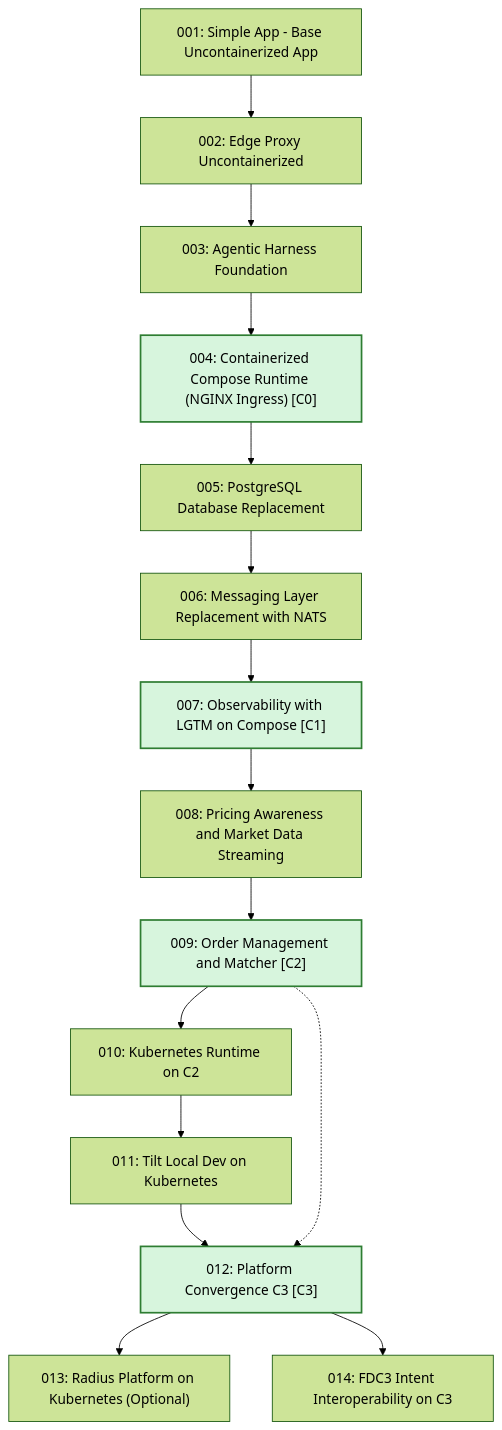
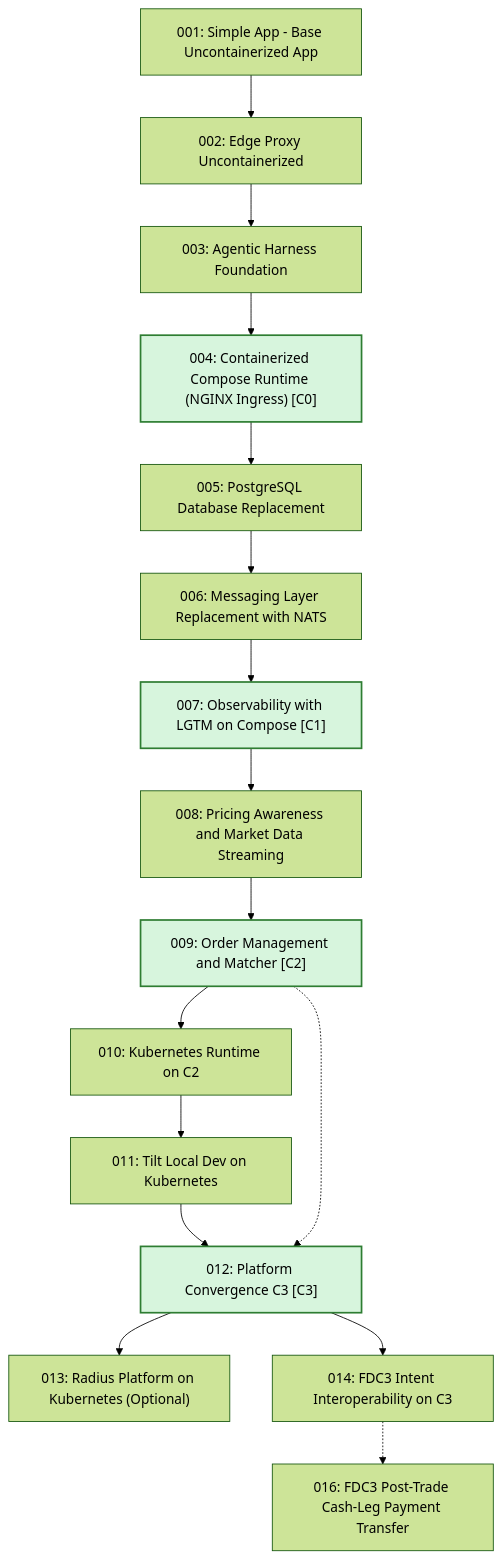
The second of 3 diagrams in docs/learning-paths/index.md (finos/traderX), drawn with Mermaid (forest theme) before and after one commit. The commit also changed other lines of this file and 10 other files, not shown here.

````diff
--- a/docs/learning-paths/index.md
+++ b/docs/learning-paths/index.md
@@ -36,50 +36,53 @@
 ```mermaid
 flowchart TB
   S001_baseline_uncontainerized_parity["001: Simple App - Base Uncontainerized App"]
   S002_edge_proxy_uncontainerized["002: Edge Proxy Uncontainerized"]
   S003_agentic_harness_foundation["003: Agentic Harness Foundation"]
   S004_containerized_compose_runtime["004: Containerized Compose Runtime (NGINX Ingress) [C0]"]
   S005_postgres_database_replacement["005: PostgreSQL Database Replacement"]
   S006_messaging_nats_replacement["006: Messaging Layer Replacement with NATS"]
   S007_observability_lgtm_compose["007: Observability with LGTM on Compose [C1]"]
   S008_pricing_awareness_market_data["008: Pricing Awareness and Market Data Streaming"]
   S009_order_management_matcher["009: Order Management and Matcher [C2]"]
   S010_kubernetes_runtime["010: Kubernetes Runtime on C2"]
   S011_tilt_kubernetes_dev_loop["011: Tilt Local Dev on Kubernetes"]
   S012_platform_convergence_c3["012: Platform Convergence C3 [C3]"]
   S013_radius_kubernetes_platform["013: Radius Platform on Kubernetes (Optional)"]
   S014_fdc3_intent_interoperability["014: FDC3 Intent Interoperability on C3"]
+  S016_post_trade_settlement_bankerx["016: FDC3 Post-Trade Cash-Leg Payment Transfer"]
   S001_baseline_uncontainerized_parity --> S002_edge_proxy_uncontainerized
   S002_edge_proxy_uncontainerized --> S003_agentic_harness_foundation
   S003_agentic_harness_foundation --> S004_containerized_compose_runtime
   S004_containerized_compose_runtime --> S005_postgres_database_replacement
   S005_postgres_database_replacement --> S006_messaging_nats_replacement
   S006_messaging_nats_replacement --> S007_observability_lgtm_compose
   S007_observability_lgtm_compose --> S008_pricing_awareness_market_data
   S008_pricing_awareness_market_data --> S009_order_management_matcher
   S009_order_management_matcher --> S010_kubernetes_runtime
   S010_kubernetes_runtime --> S011_tilt_kubernetes_dev_loop
   S011_tilt_kubernetes_dev_loop --> S012_platform_convergence_c3
   S012_platform_convergence_c3 --> S013_radius_kubernetes_platform
   S012_platform_convergence_c3 --> S014_fdc3_intent_interoperability
+  S014_fdc3_intent_interoperability -.-> S016_post_trade_settlement_bankerx
   S009_order_management_matcher -.-> S012_platform_convergence_c3
   click S001_baseline_uncontainerized_parity href "/specs/baseline-uncontainerized-parity" "Open State 001 Spec Pack"
   click S002_edge_proxy_uncontainerized href "/specs/edge-proxy-uncontainerized" "Open State 002 Spec Pack"
   click S003_agentic_harness_foundation href "/specs/agentic-harness-foundation" "Open State 003 Spec Pack"
   click S004_containerized_compose_runtime href "/specs/containerized-compose-runtime" "Open State 004 Spec Pack"
   click S005_postgres_database_replacement href "/specs/postgres-database-replacement" "Open State 005 Spec Pack"
   click S006_messaging_nats_replacement href "/specs/messaging-nats-replacement" "Open State 006 Spec Pack"
   click S007_observability_lgtm_compose href "/specs/observability-lgtm-compose" "Open State 007 Spec Pack"
   click S008_pricing_awareness_market_data href "/specs/pricing-awareness-market-data" "Open State 008 Spec Pack"
   click S009_order_management_matcher href "/specs/order-management-matcher" "Open State 009 Spec Pack"
   click S010_kubernetes_runtime href "/specs/kubernetes-runtime" "Open State 010 Spec Pack"
   click S011_tilt_kubernetes_dev_loop href "/specs/tilt-kubernetes-dev-loop" "Open State 011 Spec Pack"
   click S012_platform_convergence_c3 href "/specs/platform-convergence-c3" "Open State 012 Spec Pack"
   click S013_radius_kubernetes_platform href "/specs/radius-kubernetes-platform" "Open State 013 Spec Pack"
   click S014_fdc3_intent_interoperability href "/specs/fdc3-intent-interoperability" "Open State 014 Spec Pack"
+  click S016_post_trade_settlement_bankerx href "/specs/post-trade-settlement-bankerx" "Open State 016 Spec Pack"
   classDef convergence fill:#d7f5dd,stroke:#2e7d32,stroke-width:2px
   class S004_containerized_compose_runtime convergence
   class S007_observability_lgtm_compose convergence
   class S009_order_management_matcher convergence
   class S012_platform_convergence_c3 convergence
 ```
````
